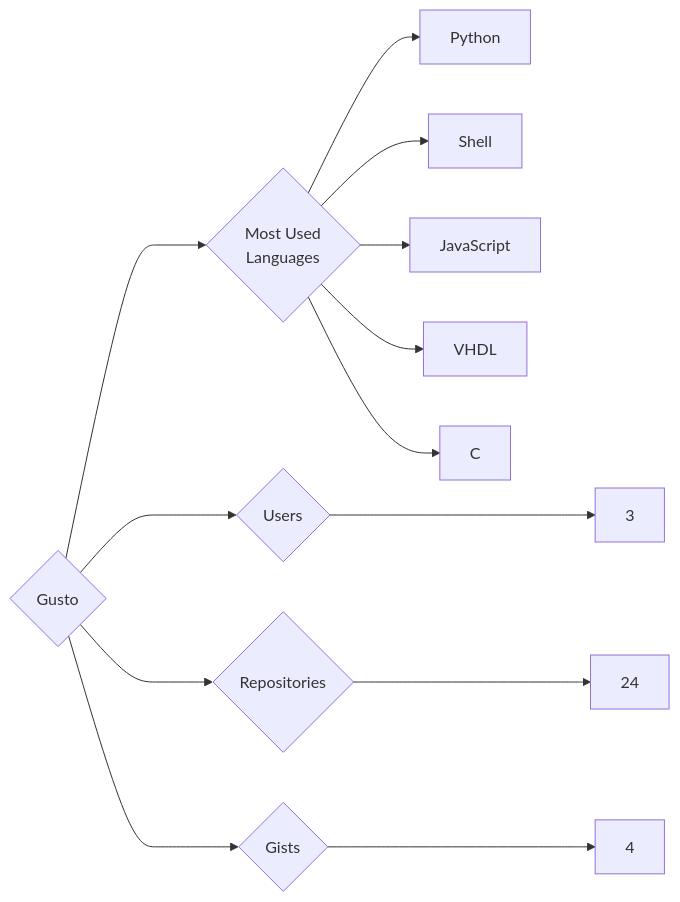
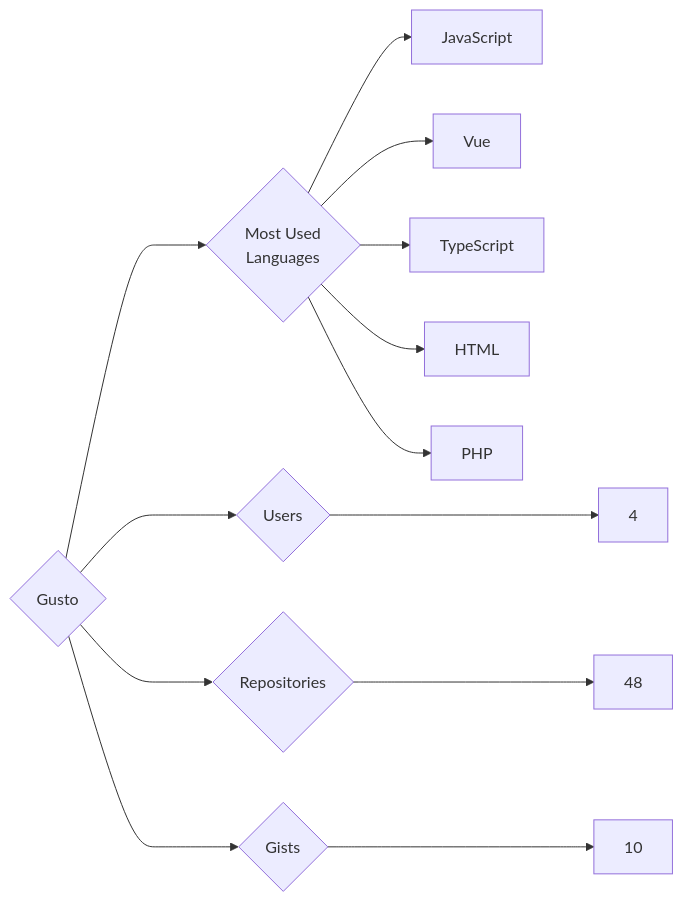
The diagram in targets/Gusto/README.md (trickest/insiders), drawn with Mermaid before and after one commit. The commit also changed 1036 other files, not shown here.

````diff
--- a/targets/Gusto/README.md
+++ b/targets/Gusto/README.md
@@ -3,13 +3,13 @@
 ```mermaid
 graph LR
 COMPANY_NAME{Gusto}
-COMPANY_NAME ---> U{Users} ---> UN[3]
-COMPANY_NAME ---> R{Repositories} ---> RN[24]
-COMPANY_NAME ---> G{Gists} ---> GN[4]
+COMPANY_NAME ---> U{Users} ---> UN[4]
+COMPANY_NAME ---> R{Repositories} ---> RN[48]
+COMPANY_NAME ---> G{Gists} ---> GN[10]
 COMPANY_NAME ---> ML{Most Used<br>Languages}
-ML --> Python[Python]
-ML --> Shell[Shell]
 ML --> JavaScript[JavaScript]
-ML --> VHDL[VHDL]
-ML --> C[C]
+ML --> Vue[Vue]
+ML --> TypeScript[TypeScript]
+ML --> HTML[HTML]
+ML --> PHP[PHP]
 ```
````
